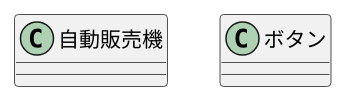
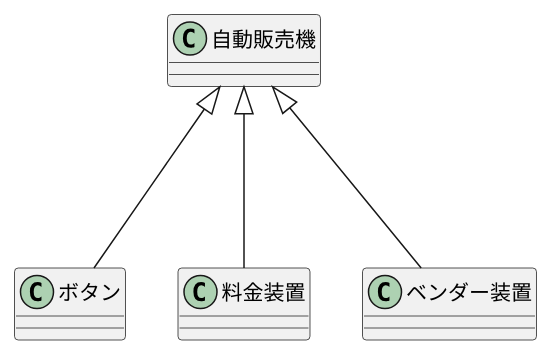
Before and after one commit to aikurusii/uml_introduction: the diagram in 演6-4-1_クラス図_自動販売機.pu, drawn with PlantUML. The commit also changed 8 other files, not shown here.

```diff
--- a/演6-4-1_クラス図_自動販売機.pu
+++ b/演6-4-1_クラス図_自動販売機.pu
@@ -1,7 +1,13 @@
 @startuml 自動販売機
 class "自動販売機" as a{
 }
 class "ボタン" as b{
 }
-
+class "料金装置" as c{
+}
+class "ベンダー装置" as d{
+}
+a<|---b
+a<|---c
+a<|---d
 @enduml
```
